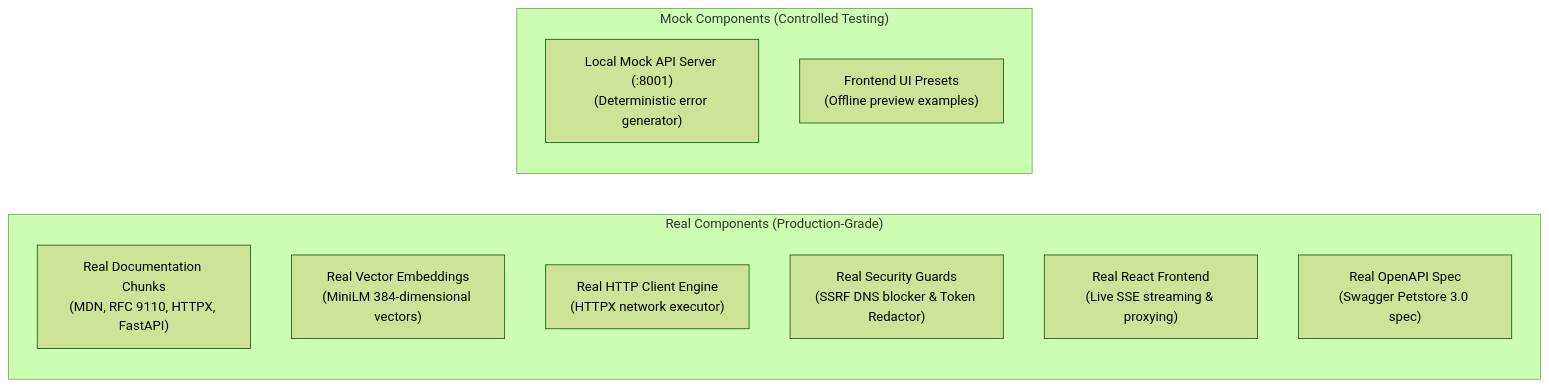
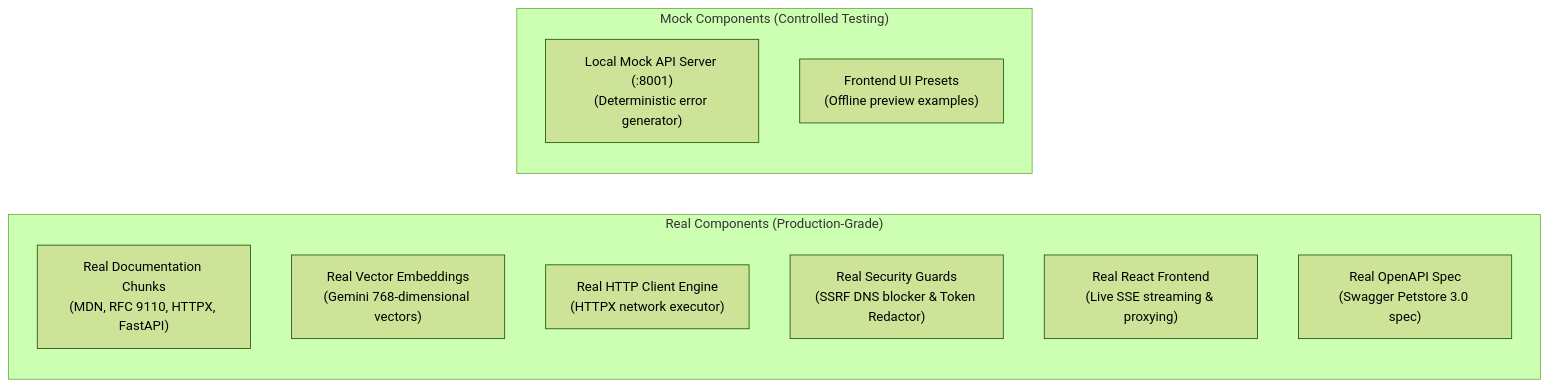
The first of 2 diagrams in docs/APIFix_AI_Project_Guide.md (ManojManasseh12/APIFIX_Project), drawn with Mermaid (forest theme) before and after one commit. The commit also changed other lines of this file and 25 other files, not shown here.

````diff
--- a/docs/APIFix_AI_Project_Guide.md
+++ b/docs/APIFix_AI_Project_Guide.md
@@ -70,16 +70,16 @@
 ```mermaid
 flowchart LR
     subgraph REAL ["Real Components (Production-Grade)"]
         R1["Real Documentation Chunks<br/>(MDN, RFC 9110, HTTPX, FastAPI)"]
-        R2["Real Vector Embeddings<br/>(MiniLM 384-dimensional vectors)"]
+        R2["Real Vector Embeddings<br/>(Gemini 768-dimensional vectors)"]
         R3["Real HTTP Client Engine<br/>(HTTPX network executor)"]
         R4["Real Security Guards<br/>(SSRF DNS blocker & Token Redactor)"]
         R5["Real React Frontend<br/>(Live SSE streaming & proxying)"]
         R6["Real OpenAPI Spec<br/>(Swagger Petstore 3.0 spec)"]
     end
 
     subgraph MOCK ["Mock Components (Controlled Testing)"]
         M1["Local Mock API Server (:8001)<br/>(Deterministic error generator)"]
         M2["Frontend UI Presets<br/>(Offline preview examples)"]
     end
 ```
````
